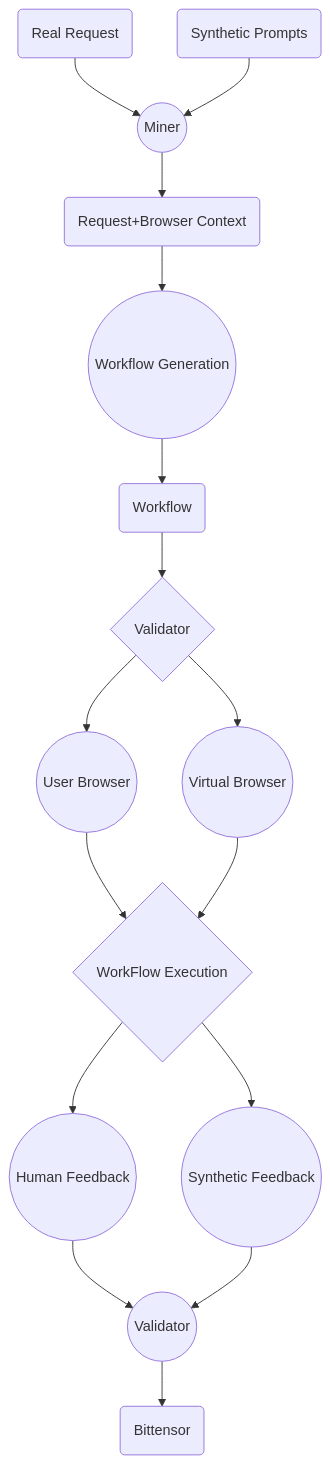
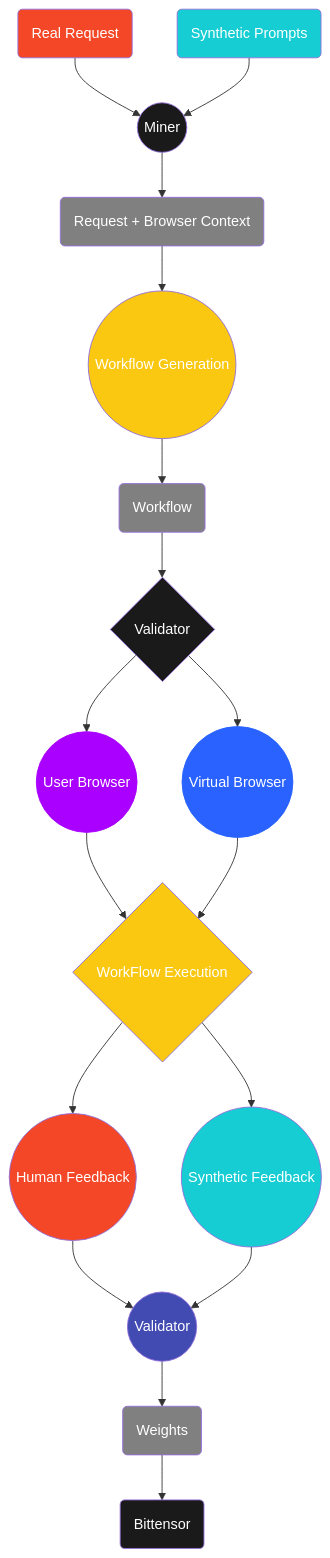
The diagram in browser-assistance-subnet/incentive-mechanism.mdx (KhadijaPhool/docs), drawn with Mermaid before and after one commit. The commit also changed other lines of this file, not shown here.

Commit message:
Documentation edits made through Mintlify web editor

````diff
--- a/browser-assistance-subnet/incentive-mechanism.mdx
+++ b/browser-assistance-subnet/incentive-mechanism.mdx
@@ -32,24 +32,50 @@
 ```mermaid
 flowchart TD
 %% Nodes
     A("Real Request")
     Z("Synthetic Prompts")
     B(("Miner"))
     C(("Workflow Generation"))
     D{"Validator"}
     E((User Browser))
     F{"WorkFlow Execution"}
     X(("Human Feedback"))
     Y(("Validator"))
     I(("Virtual Browser"))
     W(("Synthetic Feedback"))
     V("Bittensor")
-    R("Request+Browser Context")
+    R("Request + Browser Context")
     S("Workflow")
+    Q("Weights")
 
 %% Edge connections between nodes
     A --> B --> R --> C --> S --> D --> E --> F --> X --> Y
     Z --> B
-    D  --> I --> F --> W --> Y --> V
+    D  --> I --> F --> W --> Y --> Q --> V
+
+%% Individual node styling. Try the visual editor toolbar for easier styling!
+    style A color:#FFFFFF, fill:#F34727
+    style Z color:#FFFFFF, fill:#16CDD4
+    style B color:#FFFFFF, fill:#1A1A1A
+    style C color:#FFFFFF, fill:#FAC711
+    style D color:#FFFFFF, fill:#1A1A1A
+    style F color:#FFFFFF, fill:#FAC711
+    style E color:#FFFFFF, fill:#F34727
+    style X color:#FFFFFF, fill:#F34727
+    style I color:#FFFFFF, fill:#16CDD4
+    style W color:#FFFFFF, fill:#16CDD4
+    style Y color:#FFFFFF, fill:#414BB2
+    style V color:#FFFFFF, fill:#1A1A1A
+    style S color:#FFFFFF, fill:grey
+    style R color:#FFFFFF, fill:grey
+    style Q color:#FFFFFF, fill:grey
+
+
+
+
+    style E color:#FFFFFF, fill:#AA00FF, stroke:#AA00FF
+    style I color:#FFFFFF, stroke:#2962FF, fill:#2962FF
+
+%% You can add notes with two "%" signs in a row!
 
 ```
````
